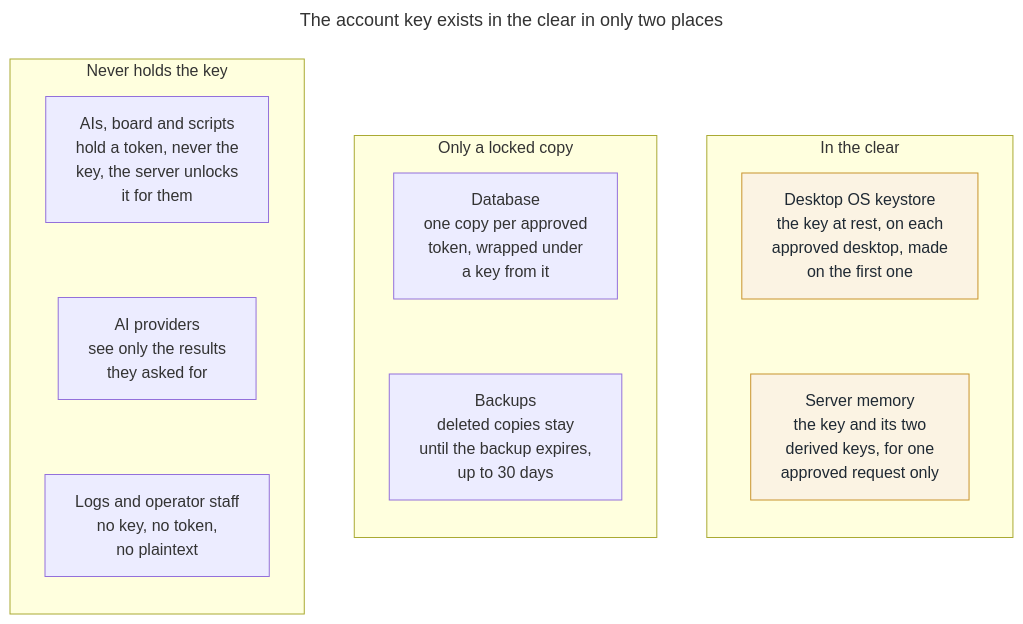
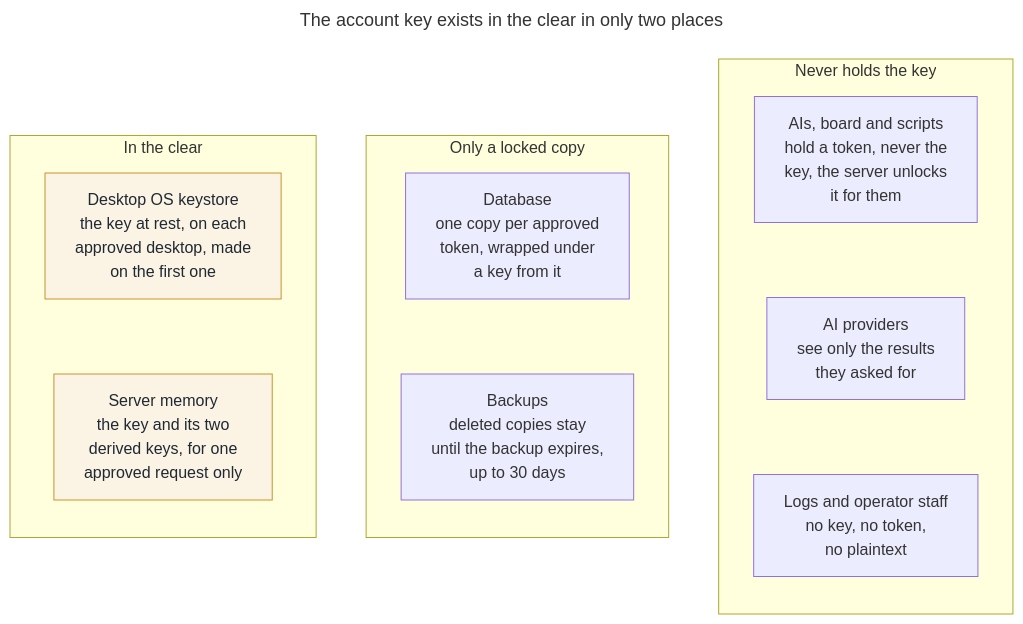
The diagram in diagrams/where-the-account-key-lives-2-places-in-the-clear.mmd (ajs-consult-llc/mirror-encryption-rfc), drawn with Mermaid before and after one commit. The commit also changed other lines of this file and 1 other file, not shown here.

First line of the commit message:
Where the key lives: columns in reading order

```diff
--- a/diagrams/where-the-account-key-lives-2-places-in-the-clear.mmd
+++ b/diagrams/where-the-account-key-lives-2-places-in-the-clear.mmd
@@ -1,27 +1,27 @@
 ---
 title: "The account key exists in the clear in only two places"
 ---
 flowchart TB
   accTitle: The account key exists in the clear in only two places
   accDescr: Where the account key lives, where only a locked copy lives, and where it never goes. In the clear, the key exists only in the desktop OS keystore, at rest on each approved desktop and made on the first one, and in server memory, with its two derived keys, for one approved request only. Only a locked copy is in the database, one copy per approved token wrapped under a key from it, and in backups, where deleted copies stay until the backup expires, up to 30 days. The AIs, board and scripts hold a token but never the key, and the server unlocks it for them. AI providers see only the results they asked for. Logs and operator staff hold no key, no token and no plaintext. A token opens only its own copy, so deleting that copy cuts its holder off at once.
-  subgraph clear["In the clear"]
+  subgraph never["Never holds the key"]
     direction TB
-    K1["Desktop OS keystore<br/>the key at rest, on each<br/>approved desktop, made<br/>on the first one"]
-    K2["Server memory<br/>the key and its two<br/>derived keys, for one<br/>approved request only"]
-    K1 ~~~ K2
+    N1["AIs, board and scripts<br/>hold a token, never the<br/>key, the server unlocks<br/>it for them"]
+    N2["AI providers<br/>see only the results<br/>they asked for"]
+    N3["Logs and operator staff<br/>no key, no token,<br/>no plaintext"]
+    N1 ~~~ N2 ~~~ N3
   end
   subgraph locked["Only a locked copy"]
     direction TB
     L1["Database<br/>one copy per approved<br/>token, wrapped under<br/>a key from it"]
     L2["Backups<br/>deleted copies stay<br/>until the backup expires,<br/>up to 30 days"]
     L1 ~~~ L2
   end
-  subgraph never["Never holds the key"]
+  subgraph clear["In the clear"]
     direction TB
-    N1["AIs, board and scripts<br/>hold a token, never the<br/>key, the server unlocks<br/>it for them"]
-    N2["AI providers<br/>see only the results<br/>they asked for"]
-    N3["Logs and operator staff<br/>no key, no token,<br/>no plaintext"]
-    N1 ~~~ N2 ~~~ N3
+    K1["Desktop OS keystore<br/>the key at rest, on each<br/>approved desktop, made<br/>on the first one"]
+    K2["Server memory<br/>the key and its two<br/>derived keys, for one<br/>approved request only"]
+    K1 ~~~ K2
   end
   classDef hot stroke:#c8932e,fill:#fbf3e3,color:#1f2933
   class K1,K2 hot
```
